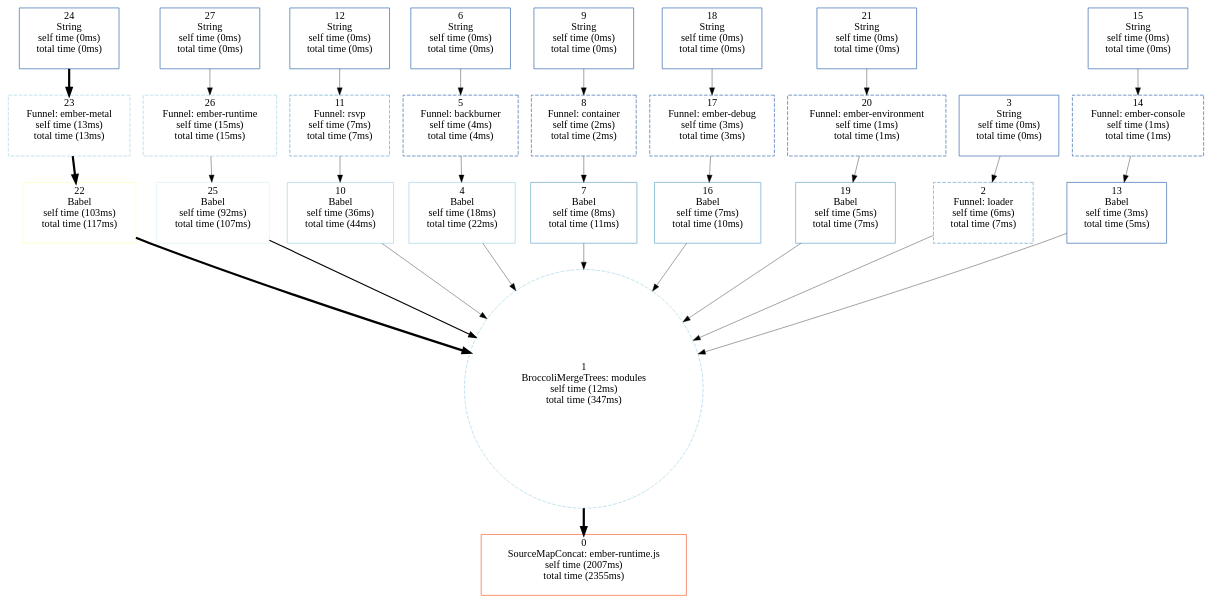
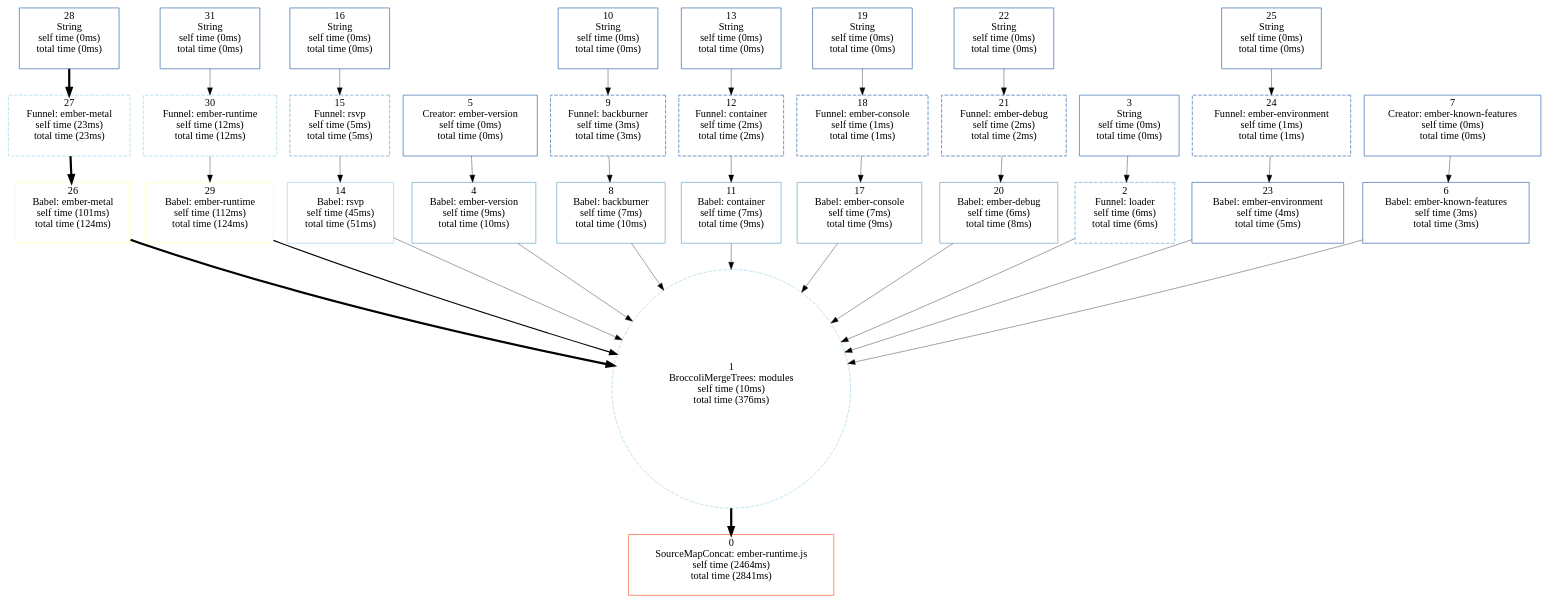
The diagram in graph.0.dot (derekcaldwell/ember), drawn with Graphviz before and after one commit. The commit also changed 9 other files, not shown here.

```diff
--- a/graph.0.dot
+++ b/graph.0.dot
@@ -1,168 +1,192 @@
 digraph G { ratio = "auto" 0 [shape=box, style=solid, colorscheme="rdylbu9", color=2, label=" 0 
 SourceMapConcat: ember-runtime.js
- self time (2007ms) 
- total time (2355ms)
+ self time (2464ms) 
+ total time (2841ms)
  "]
  1 -> 0[penwidth=3 ] 
  1 [shape=circle, style=dashed, colorscheme="rdylbu9", color=7, label=" 1 
 BroccoliMergeTrees: modules
- self time (12ms) 
- total time (347ms)
+ self time (10ms) 
+ total time (376ms)
  "]
- 22 -> 1[penwidth=3 ] 
- 25 -> 1[penwidth=1.5 ] 
- 10 -> 1[penwidth=0.5 ] 
+ 26 -> 1[penwidth=3 ] 
+ 29 -> 1[penwidth=1.5 ] 
+ 14 -> 1[penwidth=0.5 ] 
  4 -> 1[penwidth=0.5 ] 
- 7 -> 1[penwidth=0.5 ] 
- 16 -> 1[penwidth=0.5 ] 
- 19 -> 1[penwidth=0.5 ] 
+ 8 -> 1[penwidth=0.5 ] 
+ 11 -> 1[penwidth=0.5 ] 
+ 17 -> 1[penwidth=0.5 ] 
+ 20 -> 1[penwidth=0.5 ] 
  2 -> 1[penwidth=0.5 ] 
- 13 -> 1[penwidth=0.5 ] 
- 22 [shape=box, style=solid, colorscheme="rdylbu9", color=5, label=" 22 
-Babel
- self time (103ms) 
- total time (117ms)
+ 23 -> 1[penwidth=0.5 ] 
+ 6 -> 1[penwidth=0.5 ] 
+ 26 [shape=box, style=solid, colorscheme="rdylbu9", color=5, label=" 26 
+Babel: ember-metal
+ self time (101ms) 
+ total time (124ms)
  "]
- 23 -> 22[penwidth=3 ] 
- 23 [shape=box, style=dashed, colorscheme="rdylbu9", color=7, label=" 23 
+ 27 -> 26[penwidth=3 ] 
+ 27 [shape=box, style=dashed, colorscheme="rdylbu9", color=7, label=" 27 
 Funnel: ember-metal
- self time (13ms) 
- total time (13ms)
+ self time (23ms) 
+ total time (23ms)
  "]
- 24 -> 23[penwidth=3 ] 
- 24 [shape=box, style=solid, colorscheme="rdylbu9", color=9, label=" 24 
+ 28 -> 27[penwidth=3 ] 
+ 28 [shape=box, style=solid, colorscheme="rdylbu9", color=9, label=" 28 
 String
  self time (0ms) 
  total time (0ms)
  "]
- 25 [shape=box, style=solid, colorscheme="rdylbu9", color=6, label=" 25 
-Babel
- self time (92ms) 
- total time (107ms)
+ 29 [shape=box, style=solid, colorscheme="rdylbu9", color=5, label=" 29 
+Babel: ember-runtime
+ self time (112ms) 
+ total time (124ms)
  "]
- 26 -> 25[penwidth=0.5 ] 
- 26 [shape=box, style=dashed, colorscheme="rdylbu9", color=7, label=" 26 
+ 30 -> 29[penwidth=0.5 ] 
+ 30 [shape=box, style=dashed, colorscheme="rdylbu9", color=7, label=" 30 
 Funnel: ember-runtime
- self time (15ms) 
- total time (15ms)
+ self time (12ms) 
+ total time (12ms)
  "]
- 27 -> 26[penwidth=0.5 ] 
- 27 [shape=box, style=solid, colorscheme="rdylbu9", color=9, label=" 27 
+ 31 -> 30[penwidth=0.5 ] 
+ 31 [shape=box, style=solid, colorscheme="rdylbu9", color=9, label=" 31 
 String
  self time (0ms) 
  total time (0ms)
  "]
- 10 [shape=box, style=solid, colorscheme="rdylbu9", color=7, label=" 10 
-Babel
- self time (36ms) 
- total time (44ms)
+ 14 [shape=box, style=solid, colorscheme="rdylbu9", color=7, label=" 14 
+Babel: rsvp
+ self time (45ms) 
+ total time (51ms)
  "]
- 11 -> 10[penwidth=0.5 ] 
- 11 [shape=box, style=dashed, colorscheme="rdylbu9", color=8, label=" 11 
+ 15 -> 14[penwidth=0.5 ] 
+ 15 [shape=box, style=dashed, colorscheme="rdylbu9", color=8, label=" 15 
 Funnel: rsvp
- self time (7ms) 
- total time (7ms)
+ self time (5ms) 
+ total time (5ms)
  "]
- 12 -> 11[penwidth=0.5 ] 
- 12 [shape=box, style=solid, colorscheme="rdylbu9", color=9, label=" 12 
+ 16 -> 15[penwidth=0.5 ] 
+ 16 [shape=box, style=solid, colorscheme="rdylbu9", color=9, label=" 16 
 String
  self time (0ms) 
  total time (0ms)
  "]
- 4 [shape=box, style=solid, colorscheme="rdylbu9", color=7, label=" 4 
-Babel
- self time (18ms) 
- total time (22ms)
+ 4 [shape=box, style=solid, colorscheme="rdylbu9", color=8, label=" 4 
+Babel: ember-version
+ self time (9ms) 
+ total time (10ms)
  "]
  5 -> 4[penwidth=0.5 ] 
- 5 [shape=box, style=dashed, colorscheme="rdylbu9", color=9, label=" 5 
+ 5 [shape=box, style=solid, colorscheme="rdylbu9", color=9, label=" 5 
+Creator: ember-version
+ self time (0ms) 
+ total time (0ms)
+ "]
+ 8 [shape=box, style=solid, colorscheme="rdylbu9", color=8, label=" 8 
+Babel: backburner
+ self time (7ms) 
+ total time (10ms)
+ "]
+ 9 -> 8[penwidth=0.5 ] 
+ 9 [shape=box, style=dashed, colorscheme="rdylbu9", color=9, label=" 9 
 Funnel: backburner
- self time (4ms) 
- total time (4ms)
+ self time (3ms) 
+ total time (3ms)
  "]
- 6 -> 5[penwidth=0.5 ] 
- 6 [shape=box, style=solid, colorscheme="rdylbu9", color=9, label=" 6 
+ 10 -> 9[penwidth=0.5 ] 
+ 10 [shape=box, style=solid, colorscheme="rdylbu9", color=9, label=" 10 
 String
  self time (0ms) 
  total time (0ms)
  "]
- 7 [shape=box, style=solid, colorscheme="rdylbu9", color=8, label=" 7 
-Babel
- self time (8ms) 
- total time (11ms)
+ 11 [shape=box, style=solid, colorscheme="rdylbu9", color=8, label=" 11 
+Babel: container
+ self time (7ms) 
+ total time (9ms)
  "]
- 8 -> 7[penwidth=0.5 ] 
- 8 [shape=box, style=dashed, colorscheme="rdylbu9", color=9, label=" 8 
+ 12 -> 11[penwidth=0.5 ] 
+ 12 [shape=box, style=dashed, colorscheme="rdylbu9", color=9, label=" 12 
 Funnel: container
  self time (2ms) 
  total time (2ms)
  "]
- 9 -> 8[penwidth=0.5 ] 
- 9 [shape=box, style=solid, colorscheme="rdylbu9", color=9, label=" 9 
+ 13 -> 12[penwidth=0.5 ] 
+ 13 [shape=box, style=solid, colorscheme="rdylbu9", color=9, label=" 13 
 String
  self time (0ms) 
  total time (0ms)
  "]
- 16 [shape=box, style=solid, colorscheme="rdylbu9", color=8, label=" 16 
-Babel
+ 17 [shape=box, style=solid, colorscheme="rdylbu9", color=8, label=" 17 
+Babel: ember-console
  self time (7ms) 
- total time (10ms)
- "]
- 17 -> 16[penwidth=0.5 ] 
- 17 [shape=box, style=dashed, colorscheme="rdylbu9", color=9, label=" 17 
-Funnel: ember-debug
- self time (3ms) 
- total time (3ms)
+ total time (9ms)
  "]
  18 -> 17[penwidth=0.5 ] 
- 18 [shape=box, style=solid, colorscheme="rdylbu9", color=9, label=" 18 
+ 18 [shape=box, style=dashed, colorscheme="rdylbu9", color=9, label=" 18 
+Funnel: ember-console
+ self time (1ms) 
+ total time (1ms)
+ "]
+ 19 -> 18[penwidth=0.5 ] 
+ 19 [shape=box, style=solid, colorscheme="rdylbu9", color=9, label=" 19 
 String
  self time (0ms) 
  total time (0ms)
  "]
- 19 [shape=box, style=solid, colorscheme="rdylbu9", color=8, label=" 19 
-Babel
- self time (5ms) 
- total time (7ms)
- "]
- 20 -> 19[penwidth=0.5 ] 
- 20 [shape=box, style=dashed, colorscheme="rdylbu9", color=9, label=" 20 
-Funnel: ember-environment
- self time (1ms) 
- total time (1ms)
+ 20 [shape=box, style=solid, colorscheme="rdylbu9", color=8, label=" 20 
+Babel: ember-debug
+ self time (6ms) 
+ total time (8ms)
  "]
  21 -> 20[penwidth=0.5 ] 
- 21 [shape=box, style=solid, colorscheme="rdylbu9", color=9, label=" 21 
+ 21 [shape=box, style=dashed, colorscheme="rdylbu9", color=9, label=" 21 
+Funnel: ember-debug
+ self time (2ms) 
+ total time (2ms)
+ "]
+ 22 -> 21[penwidth=0.5 ] 
+ 22 [shape=box, style=solid, colorscheme="rdylbu9", color=9, label=" 22 
 String
  self time (0ms) 
  total time (0ms)
  "]
  2 [shape=box, style=dashed, colorscheme="rdylbu9", color=8, label=" 2 
 Funnel: loader
  self time (6ms) 
- total time (7ms)
+ total time (6ms)
  "]
  3 -> 2[penwidth=0.5 ] 
  3 [shape=box, style=solid, colorscheme="rdylbu9", color=9, label=" 3 
 String
  self time (0ms) 
  total time (0ms)
  "]
- 13 [shape=box, style=solid, colorscheme="rdylbu9", color=9, label=" 13 
-Babel
- self time (3ms) 
+ 23 [shape=box, style=solid, colorscheme="rdylbu9", color=9, label=" 23 
+Babel: ember-environment
+ self time (4ms) 
  total time (5ms)
  "]
- 14 -> 13[penwidth=0.5 ] 
- 14 [shape=box, style=dashed, colorscheme="rdylbu9", color=9, label=" 14 
-Funnel: ember-console
+ 24 -> 23[penwidth=0.5 ] 
+ 24 [shape=box, style=dashed, colorscheme="rdylbu9", color=9, label=" 24 
+Funnel: ember-environment
  self time (1ms) 
  total time (1ms)
  "]
- 15 -> 14[penwidth=0.5 ] 
- 15 [shape=box, style=solid, colorscheme="rdylbu9", color=9, label=" 15 
+ 25 -> 24[penwidth=0.5 ] 
+ 25 [shape=box, style=solid, colorscheme="rdylbu9", color=9, label=" 25 
 String
  self time (0ms) 
  total time (0ms)
  "]
+ 6 [shape=box, style=solid, colorscheme="rdylbu9", color=9, label=" 6 
+Babel: ember-known-features
+ self time (3ms) 
+ total time (3ms)
+ "]
+ 7 -> 6[penwidth=0.5 ] 
+ 7 [shape=box, style=solid, colorscheme="rdylbu9", color=9, label=" 7 
+Creator: ember-known-features
+ self time (0ms) 
+ total time (0ms)
+ "]
 }
```
